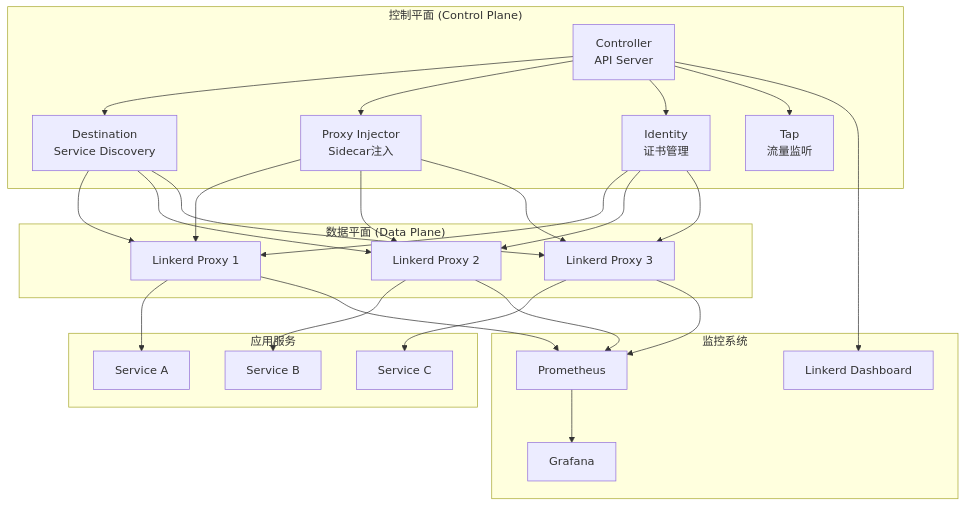
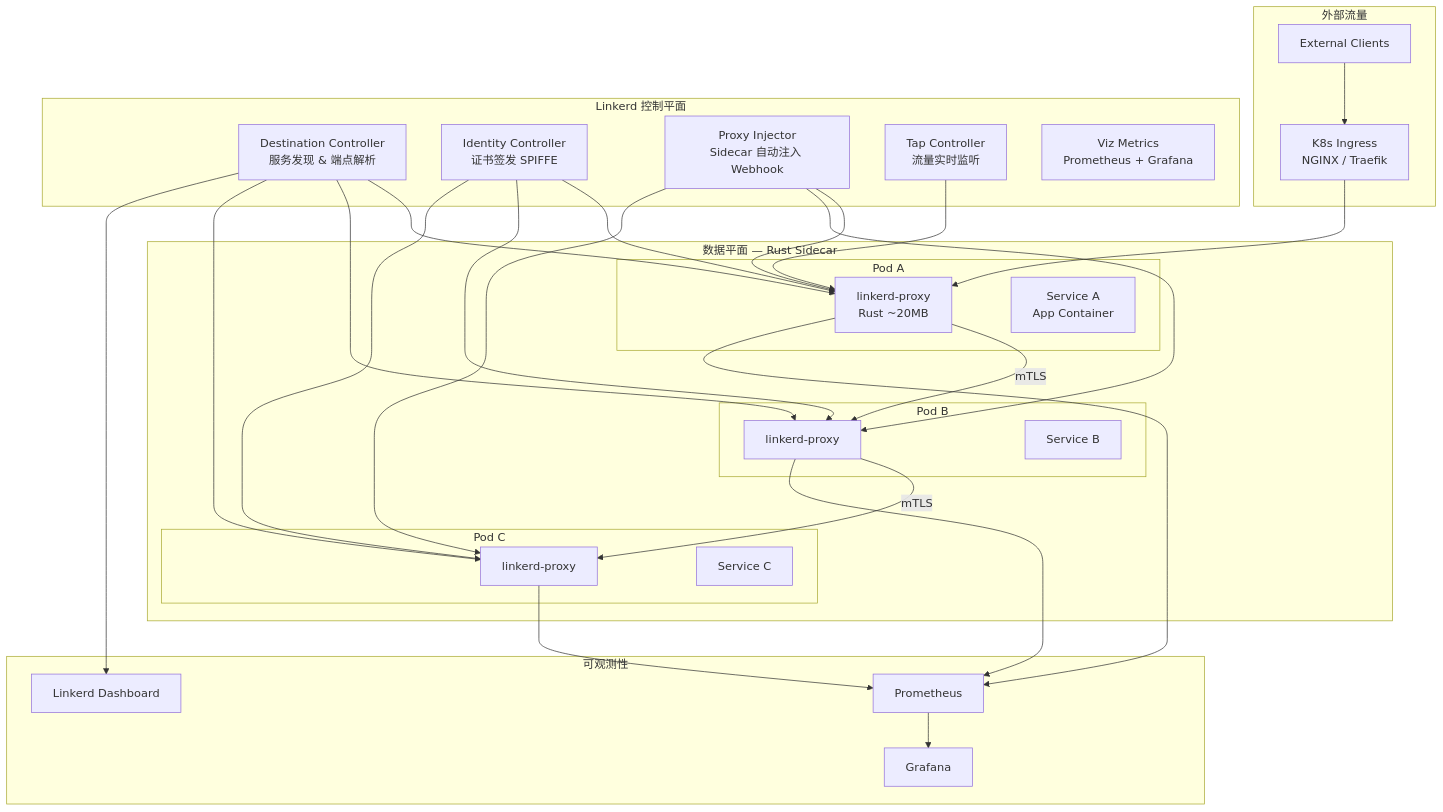
The diagram in domain-26-service-mesh-microservices/02-linkerd-enterprise-service-mesh.md (kudig-io/kudig-database), drawn with Mermaid before and after one commit. The commit also changed other lines of this file and 8633 other files, not shown here.

````diff
--- a/domain-26-service-mesh-microservices/02-linkerd-enterprise-service-mesh.md
+++ b/domain-26-service-mesh-microservices/02-linkerd-enterprise-service-mesh.md
@@ -71,50 +63,46 @@
 ```mermaid
 graph TB
-    subgraph "控制平面 (Control Plane)"
-        CONTROLLER[Controller<br/>API Server]
-        DESTINATION[Destination<br/>Service Discovery]
-        PROXY-INJECTOR[Proxy Injector<br/>Sidecar注入]
-        IDENTITY[Identity<br/>证书管理]
-        TAP[Tap<br/>流量监听]
+    subgraph "外部流量"
+        EXT[External Clients]
+        INGRESS[K8s Ingress<br/>NGINX / Traefik]
     end
-    
-    subgraph "数据平面 (Data Plane)"
-        PROXY1[Linkerd Proxy 1]
-        PROXY2[Linkerd Proxy 2]
-        PROXY3[Linkerd Proxy 3]
+
+    subgraph "Linkerd 控制平面"
+        DEST[Destination Controller<br/>服务发现 & 端点解析]
+        ID[Identity Controller<br/>证书签发 SPIFFE]
+        INJ[Proxy Injector<br/>Sidecar 自动注入 Webhook]
+        TAP[Tap Controller<br/>流量实时监听]
+        VIZ[Viz Metrics<br/>Prometheus + Grafana]
     end
-    
-    subgraph "应用服务"
-        APP1[Service A]
-        APP2[Service B]
-        APP3[Service C]
+
+    subgraph "数据平面 — Rust Sidecar"
+        subgraph "Pod A"
+            PA[linkerd-proxy<br/>Rust ~20MB]
+            SA[Service A<br/>App Container]
+        end
+        subgraph "Pod B"
+            PB[linkerd-proxy]
+            SB[Service B]
+        end
+        subgraph "Pod C"
+            PC[linkerd-proxy]
+            SC[Service C]
+        end
     end
-    
-    subgraph "监控系统"
+
+    subgraph "可观测性"
         PROM[Prometheus]
-        GRAF[Grafana]
-        DASHBOARD[Linkerd Dashboard]
+        GRAFANA[Grafana]
+        DASH[Linkerd Dashboard]
     end
-    
-    CONTROLLER --> DESTINATION
-    CONTROLLER --> PROXY-INJECTOR
-    CONTROLLER --> IDENTITY
-    CONTROLLER --> TAP
-    PROXY-INJECTOR --> PROXY1
-    PROXY-INJECTOR --> PROXY2
-    PROXY-INJECTOR --> PROXY3
-    IDENTITY --> PROXY1
-    IDENTITY --> PROXY2
-    IDENTITY --> PROXY3
-    DESTINATION --> PROXY1
-    DESTINATION --> PROXY2
-    DESTINATION --> PROXY3
-    PROXY1 --> APP1
-    PROXY2 --> APP2
-    PROXY3 --> APP3
-    PROXY1 --> PROM
-    PROXY2 --> PROM
-    PROXY3 --> PROM
-    PROM --> GRAF
-    CONTROLLER --> DASHBOARD
+
+    EXT --> INGRESS --> PA
+    INJ --> PA & PB & PC
+    ID --> PA & PB & PC
+    DEST --> PA & PB & PC
+    PA -->|mTLS| PB
+    PB -->|mTLS| PC
+    PA & PB & PC --> PROM --> GRAFANA
+    DEST --> DASH
+    TAP --> PA
 ```
````
